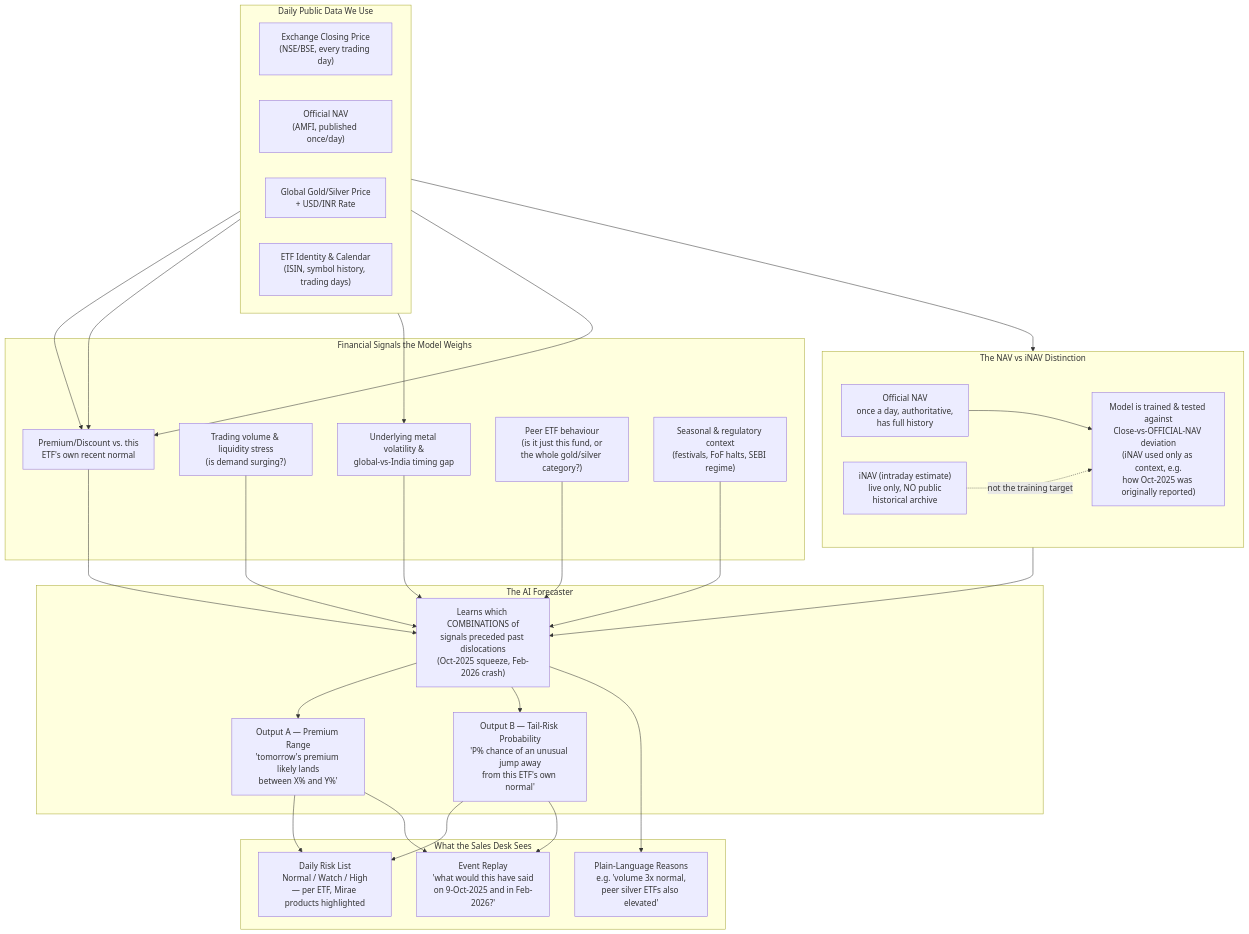
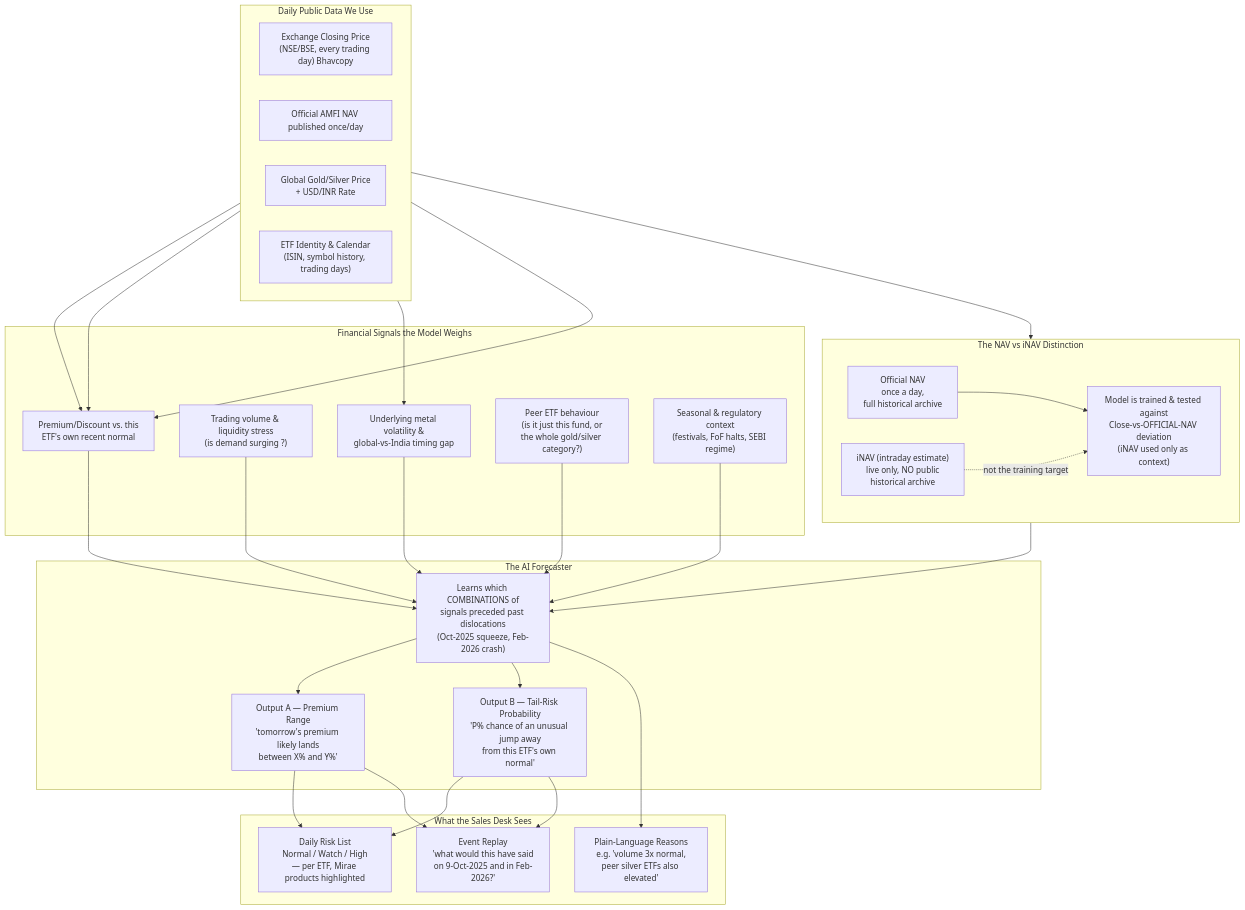
Before and after one commit to drachmacollector/ETF-Liquidity-Prediction: the second of 4 diagrams in etf_project_flowcharts.md, drawn with Mermaid. The commit also changed other lines of this file, not shown here.

````diff
--- a/etf_project_flowcharts.md
+++ b/etf_project_flowcharts.md
@@ -252,61 +252,61 @@
 ```mermaid
 flowchart TD
 
 subgraph DATA["Daily Public Data We Use"]
     direction LR
-    D_PRICE["Exchange Closing Price<br/>(NSE/BSE, every trading day)"]
-    D_NAV["Official NAV<br/>(AMFI, published once/day)"]
+    D_PRICE["Exchange Closing Price<br/>(NSE/BSE, every trading day) Bhavcopy"]
+    D_NAV["Official AMFI NAV published once/day"]
     D_METAL["Global Gold/Silver Price<br/>+ USD/INR Rate"]
     D_ID["ETF Identity & Calendar<br/>(ISIN, symbol history, trading days)"]
 end
 
 subgraph CLOCK["The NAV vs iNAV Distinction"]
     direction LR
-    NAV_OFF["Official NAV<br/>once a day, authoritative,<br/>has full history"]
+    NAV_OFF["Official NAV<br/>once a day,<br/>full historical archive"]
     INAV_LIVE["iNAV (intraday estimate)<br/>live only, NO public<br/>historical archive"]
-    TARGET["Model is trained & tested against<br/>Close-vs-OFFICIAL-NAV deviation<br/>(iNAV used only as context, e.g.<br/>how Oct-2025 was originally reported)"]
+    TARGET["Model is trained & tested against<br/>Close-vs-OFFICIAL-NAV deviation<br/>(iNAV used only as context)"]
 end
 
 subgraph SIGNALS["Financial Signals the Model Weighs"]
     S1["Premium/Discount vs. this<br/>ETF's own recent normal"]
-    S2["Trading volume & liquidity stress<br/>(is demand surging?)"]
+    S2["Trading volume & liquidity stress<br/>(is demand surging ?)"]
     S3["Underlying metal volatility &<br/>global-vs-India timing gap"]
     S4["Peer ETF behaviour<br/>(is it just this fund, or<br/>the whole gold/silver category?)"]
     S5["Seasonal & regulatory context<br/>(festivals, FoF halts, SEBI regime)"]
 end
 
 subgraph AI["The AI Forecaster"]
     LEARN["Learns which COMBINATIONS of<br/>signals preceded past dislocations<br/>(Oct-2025 squeeze, Feb-2026 crash)"]
     OUT_A["Output A — Premium Range<br/>'tomorrow's premium likely lands<br/>between X% and Y%'"]
     OUT_B["Output B — Tail-Risk Probability<br/>'P% chance of an unusual jump away<br/>from this ETF's own normal'"]
 end
 
 subgraph DESK["What the Sales Desk Sees"]
     RISK["Daily Risk List<br/>Normal / Watch / High<br/>— per ETF, Mirae products highlighted"]
     WHY["Plain-Language Reasons<br/>e.g. 'volume 3x normal,<br/>peer silver ETFs also elevated'"]
     PROOF["Event Replay<br/>'what would this have said<br/>on 9-Oct-2025 and in Feb-2026?'"]
 end
 
 D_PRICE --> S1
 D_NAV --> S1
 D_NAV --> NAV_OFF --> TARGET
 INAV_LIVE -.not the training target.-> TARGET
 D_METAL --> S3
 D_ID --> S1
 
 S1 --> LEARN
 S2 --> LEARN
 S3 --> LEARN
 S4 --> LEARN
 S5 --> LEARN
 TARGET --> LEARN
 
 LEARN --> OUT_A
 LEARN --> OUT_B
 
 OUT_A --> RISK
 OUT_B --> RISK
 LEARN --> WHY
 OUT_A --> PROOF
 OUT_B --> PROOF
 ```
````
